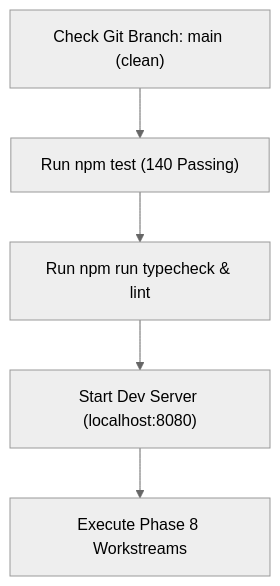
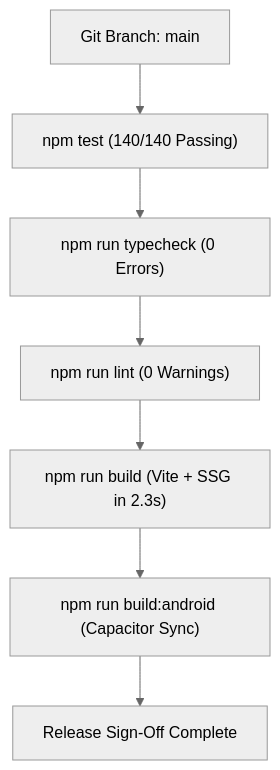
One commit to sahaya-savari/daily-spark changed the diagram in docs/PHASE8_ROADMAP.md. Above: the diagram before and after it, drawn with Mermaid (neutral theme). The commit also changed other lines of this file and 2 other files, not shown here.

Commit message:
feat(distribution): finalize Phase 8 roadmap, update download route with Obtainium, F-Droid, and desktop PWA guides

````diff
--- a/docs/PHASE8_ROADMAP.md
+++ b/docs/PHASE8_ROADMAP.md
@@ -48,7 +51,9 @@
 ```mermaid
 flowchart TD
-  A["Check Git Branch: main (clean)"] --> B["Run npm test (140 Passing)"]
-  B --> C["Run npm run typecheck & lint"]
-  C --> D["Start Dev Server (localhost:8080)"]
-  D --> E["Execute Phase 8 Workstreams"]
+  A["Git Branch: main"] --> B["npm test (140/140 Passing)"]
+  B --> C["npm run typecheck (0 Errors)"]
+  C --> D["npm run lint (0 Warnings)"]
+  D --> E["npm run build (Vite + SSG in 2.3s)"]
+  E --> F["npm run build:android (Capacitor Sync)"]
+  F --> G["Release Sign-Off Complete"]
 ```
````
